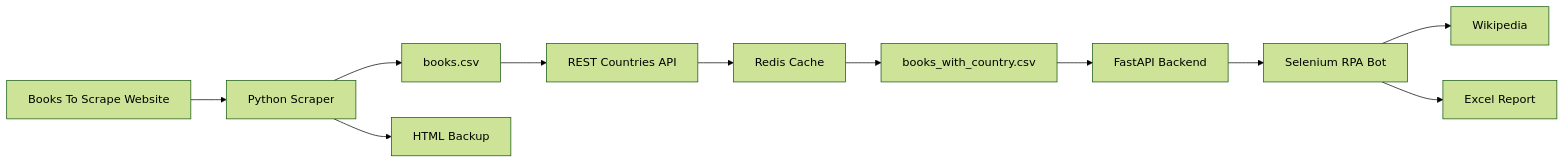
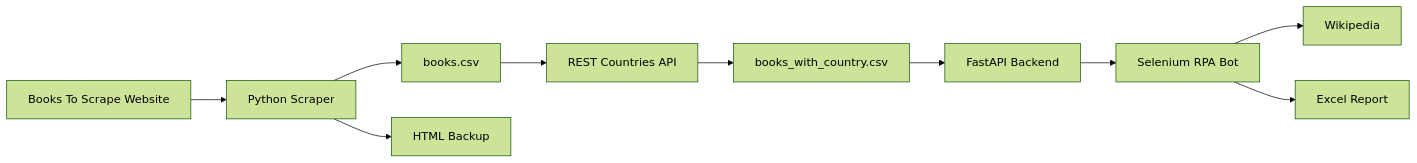
The diagram in README.md (ducnguyen2012/book_scraper), drawn with Mermaid (forest theme) before and after one commit. The commit also changed other lines of this file and 1 other file, not shown here.

Commit message:
adjust readme file

````diff
--- a/README.md
+++ b/README.md
@@ -31,24 +31,22 @@
 ```mermaid
 flowchart LR
 
 A[Books To Scrape Website]
 --> B[Python Scraper]
 
 B --> C[books.csv]
 
 B --> D[HTML Backup]
 
 C --> E[REST Countries API]
 
-E --> F[Redis Cache]
+E --> F[books_with_country.csv]
 
-F --> G[books_with_country.csv]
+F --> G[FastAPI Backend]
 
-G --> H[FastAPI Backend]
+G --> H[Selenium RPA Bot]
 
-H --> I[Selenium RPA Bot]
+H --> I[Wikipedia]
 
-I --> J[Wikipedia]
-
-I --> K[Excel Report]
+H --> J[Excel Report]
 ```
````
